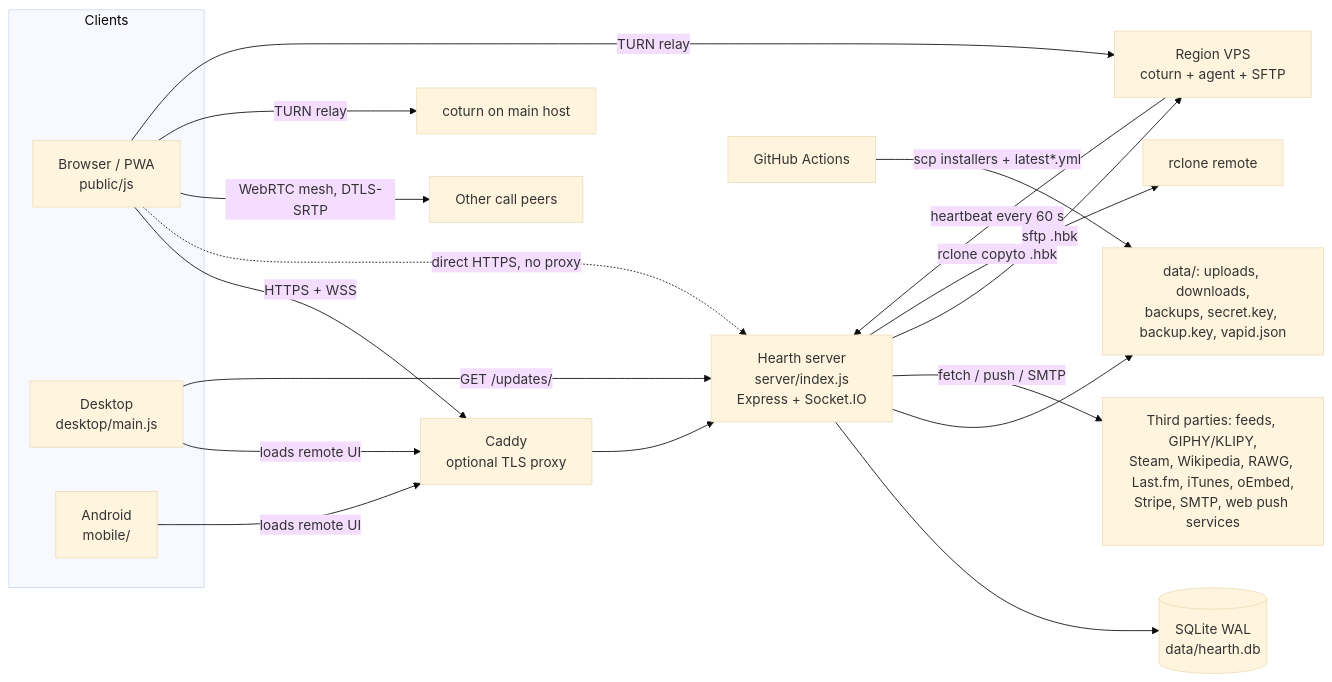
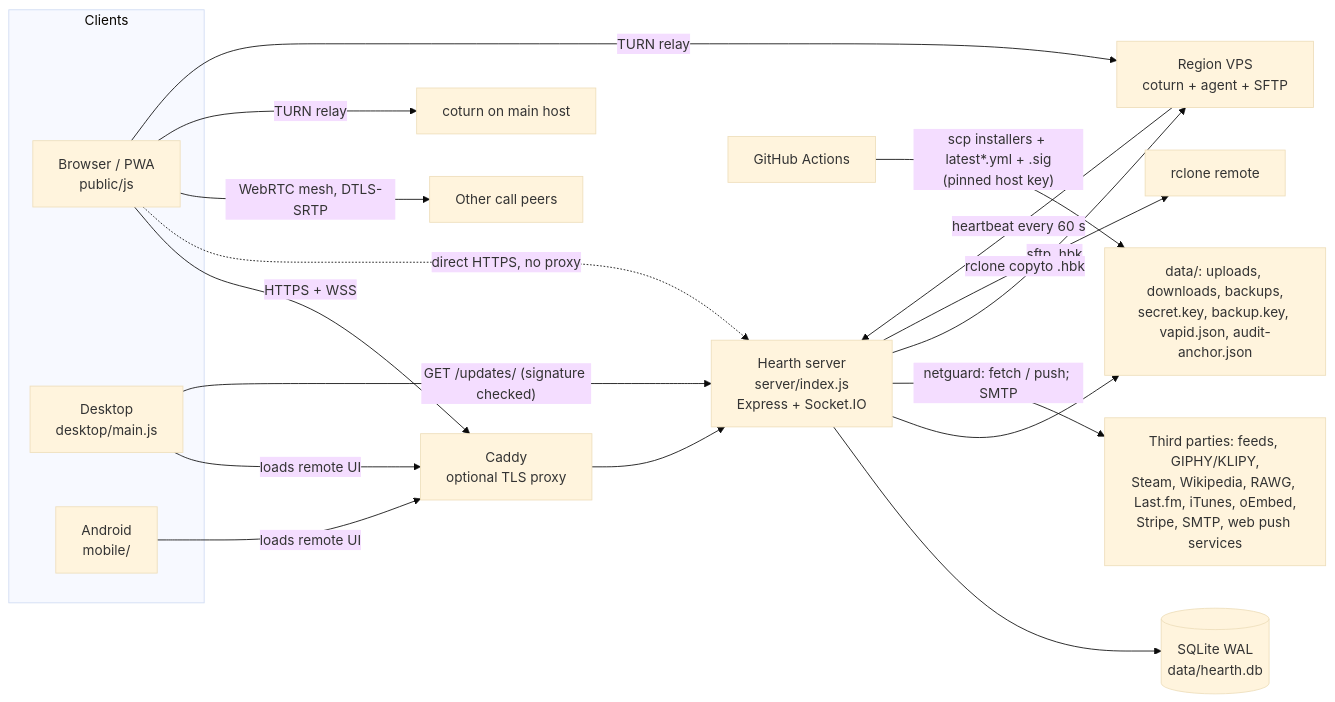
One commit to Pandabear445/Pandabear445.github.io changed the first of 2 diagrams in hearth/docs/ARCHITECTURE.md. Above: the diagram before and after it, drawn with Mermaid (base theme). The commit also changed other lines of this file and 11 other files, not shown here.

````diff
--- a/hearth/docs/ARCHITECTURE.md
+++ b/hearth/docs/ARCHITECTURE.md
@@ -21,34 +23,34 @@
 ```mermaid
 flowchart LR
   subgraph clients["Clients"]
     WEB["Browser / PWA<br/>public/js"]
     DESK["Desktop<br/>desktop/main.js"]
     DROID["Android<br/>mobile/"]
   end
   CADDY["Caddy<br/>optional TLS proxy"]
   SRV["Hearth server<br/>server/index.js<br/>Express + Socket.IO"]
   DB[("SQLite WAL<br/>data/hearth.db")]
-  FILES["data/: uploads, downloads,<br/>backups, secret.key, backup.key, vapid.json"]
+  FILES["data/: uploads, downloads, backups,<br/>secret.key, backup.key, vapid.json, audit-anchor.json"]
   EXT["Third parties: feeds, GIPHY/KLIPY,<br/>Steam, Wikipedia, RAWG, Last.fm, iTunes, oEmbed,<br/>Stripe, SMTP, web push services"]
   TURN["coturn on main host"]
   REGION["Region VPS<br/>coturn + agent + SFTP"]
   OFF["rclone remote"]
   CI["GitHub Actions"]
   WEB -->|"HTTPS + WSS"| CADDY
   DESK -->|"loads remote UI"| CADDY
   DROID -->|"loads remote UI"| CADDY
   CADDY --> SRV
   WEB -.->|"direct HTTPS, no proxy"| SRV
   SRV --> DB
   SRV --> FILES
-  SRV -->|"fetch / push / SMTP"| EXT
+  SRV -->|"netguard: fetch / push; SMTP"| EXT
   SRV -->|"sftp .hbk"| REGION
   REGION -->|"heartbeat every 60 s"| SRV
   SRV -->|"rclone copyto .hbk"| OFF
   PEER["Other call peers"]
   WEB -->|"WebRTC mesh, DTLS-SRTP"| PEER
   WEB -->|"TURN relay"| TURN
   WEB -->|"TURN relay"| REGION
-  CI -->|"scp installers + latest*.yml"| FILES
-  DESK -->|"GET /updates/"| SRV
+  CI -->|"scp installers + latest*.yml + .sig<br/>(pinned host key)"| FILES
+  DESK -->|"GET /updates/ (signature checked)"| SRV
 ```
````
